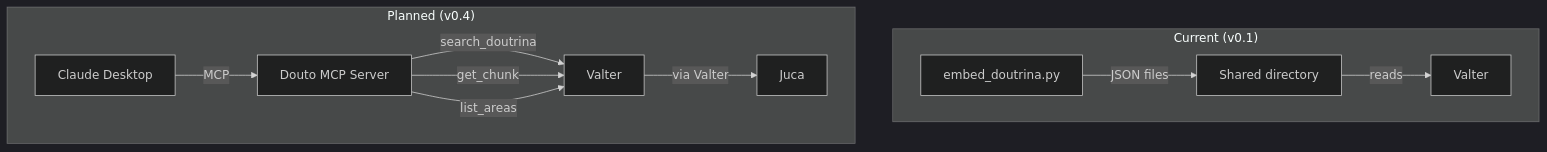
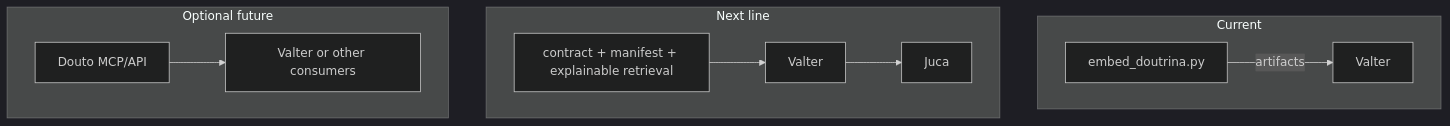
One commit to sensdiego/sens.legal changed the diagram in sites/douto/src/content/docs/configuration/integrations.md. Above: the diagram before and after it, drawn with Mermaid (dark theme). The commit also changed other lines of this file and 39 other files, not shown here.

First line of the commit message:
docs: sync douto and juca docs from source repos

````diff
--- a/sites/douto/src/content/docs/configuration/integrations.md
+++ b/sites/douto/src/content/docs/configuration/integrations.md
@@ -228,15 +213,15 @@
 ```mermaid
 graph TB
-    subgraph "Current (v0.1)"
-        ED["embed_doutrina.py"] -->|JSON files| DIR["Shared directory"]
-        DIR -->|reads| VA1["Valter"]
+    subgraph "Current"
+        ED["embed_doutrina.py"] -->|artifacts| VA1["Valter"]
     end
 
-    subgraph "Planned (v0.4)"
-        MCP["Douto MCP Server"] -->|search_doutrina| VA2["Valter"]
-        MCP -->|get_chunk| VA2
-        MCP -->|list_areas| VA2
-        VA2 -->|via Valter| JU["Juca"]
-        CD["Claude Desktop"] -->|MCP| MCP
+    subgraph "Next line"
+        DT["contract + manifest + explainable retrieval"] --> VA2["Valter"]
+        VA2 --> JU["Juca"]
+    end
+
+    subgraph "Optional future"
+        MCP["Douto MCP/API"] --> VAL["Valter or other consumers"]
     end
 ```
````
